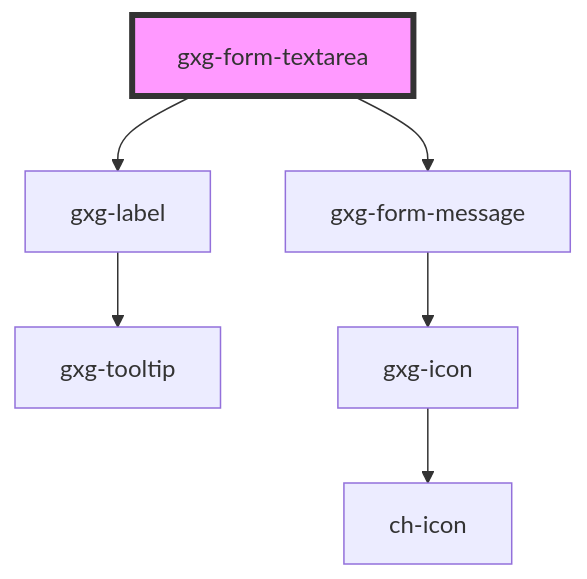
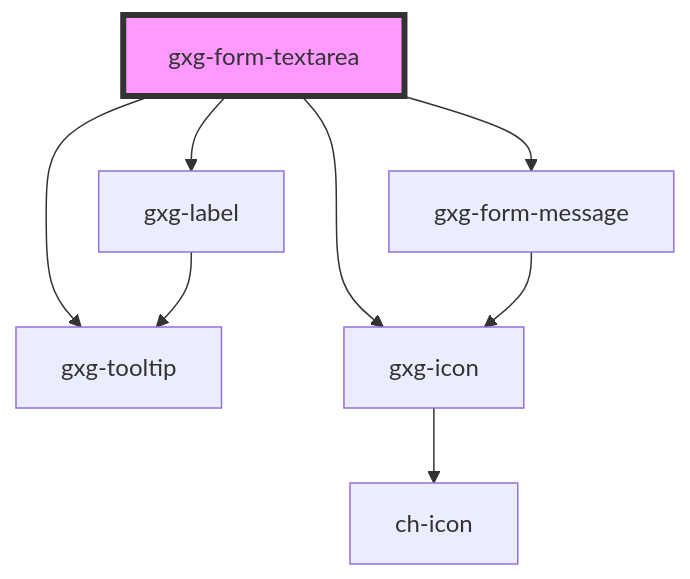
The diagram in src/components/form-textarea/readme.md (genexuslabs/gemini), drawn with Mermaid before and after one commit. The commit also changed other lines of this file and 19 other files, not shown here.

````diff
--- a/src/components/form-textarea/readme.md
+++ b/src/components/form-textarea/readme.md
@@ -74,9 +76,11 @@
 ```mermaid
 graph TD;
   gxg-form-textarea --> gxg-label
   gxg-form-textarea --> gxg-form-message
+  gxg-form-textarea --> gxg-tooltip
+  gxg-form-textarea --> gxg-icon
   gxg-label --> gxg-tooltip
   gxg-form-message --> gxg-icon
   gxg-icon --> ch-icon
   style gxg-form-textarea fill:#f9f,stroke:#333,stroke-width:4px
 ```
````
